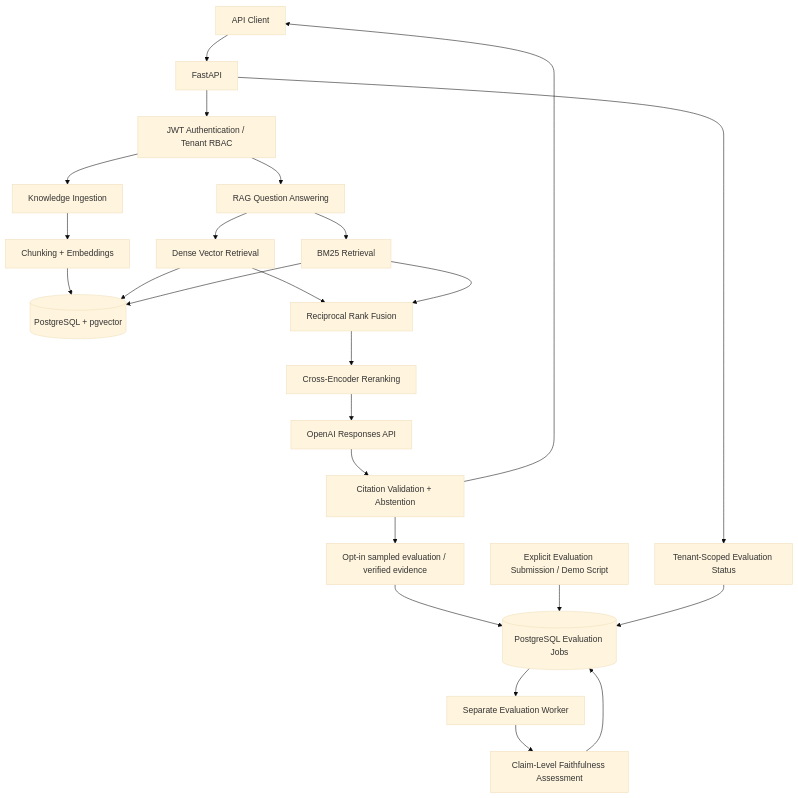
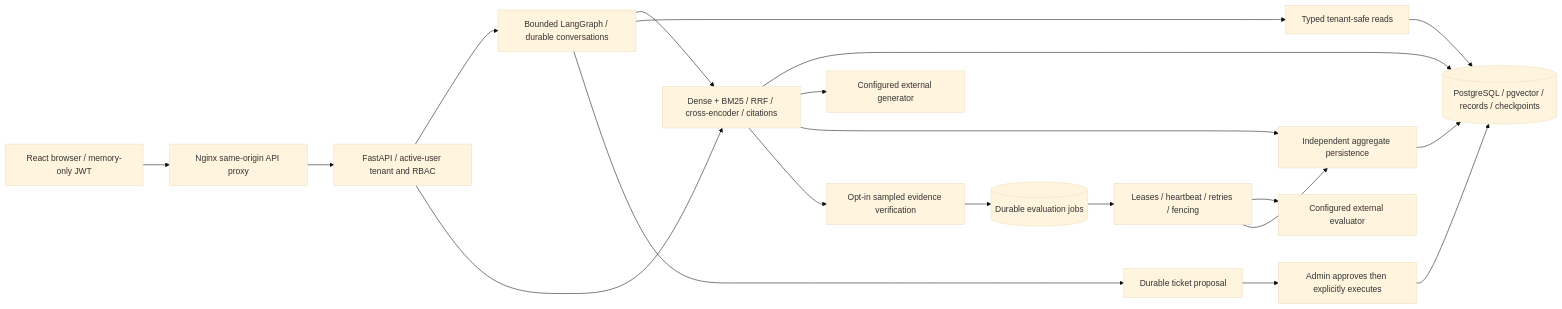
Before and after one commit to aashikazim/enterprise-ai-operations-copilot: the diagram in README.md, drawn with Mermaid (base theme). The commit also changed other lines of this file and 17 other files, not shown here.

Commit message:
docs(day-30): publish verified local demo and engineering handoff

````diff
--- a/README.md
+++ b/README.md
@@ -40,27 +16,22 @@
-``` mermaid
-flowchart TD
-    Client[API Client] --> API[FastAPI]
-    API --> Auth[JWT Authentication / Tenant RBAC]
-    Auth --> Knowledge[Knowledge Ingestion]
-    Auth --> RAG[RAG Question Answering]
-    Knowledge --> Chunk[Chunking + Embeddings]
-    Chunk --> DB[(PostgreSQL + pgvector)]
-    RAG --> Dense[Dense Vector Retrieval]
-    RAG --> Sparse[BM25 Retrieval]
-    Dense --> DB
-    Sparse --> DB
-    Dense --> Fusion[Reciprocal Rank Fusion]
-    Sparse --> Fusion
-    Fusion --> Rerank[Cross-Encoder Reranking]
-    Rerank --> LLM[OpenAI Responses API]
-    LLM --> Validate[Citation Validation + Abstention]
-    Validate --> Client
-    Validate --> Sample[Opt-in sampled evaluation / verified evidence]
-    Sample --> Queue
-    EvalSubmit[Explicit Evaluation Submission / Demo Script] --> Queue[(PostgreSQL Evaluation Jobs)]
-    Queue --> Worker[Separate Evaluation Worker]
-    Worker --> Faith[Claim-Level Faithfulness Assessment]
-    Faith --> Queue
-    API --> JobStatus[Tenant-Scoped Evaluation Status]
-    JobStatus --> Queue
+```mermaid
+flowchart LR
+  UI[React browser / memory-only JWT] --> Proxy[Nginx same-origin API proxy]
+  Proxy --> API[FastAPI / active-user tenant and RBAC]
+  API --> Graph[Bounded LangGraph / durable conversations]
+  API --> RAG[Dense + BM25 / RRF / cross-encoder / citations]
+  Graph --> RAG
+  Graph --> Tools[Typed tenant-safe reads]
+  Graph --> Proposal[Durable ticket proposal]
+  Proposal --> Human[Admin approves then explicitly executes]
+  Human --> PG[(PostgreSQL / pgvector / records / checkpoints)]
+  RAG --> PG
+  Tools --> PG
+  RAG --> Gen[Configured external generator]
+  RAG --> Metrics[Independent aggregate persistence]
+  Metrics --> PG
+  RAG --> Sample[Opt-in sampled evidence verification]
+  Sample --> Jobs[(Durable evaluation jobs)]
+  Jobs --> Worker[Leases / heartbeat / retries / fencing]
+  Worker --> Judge[Configured external evaluator]
+  Worker --> Metrics
 ```
````
